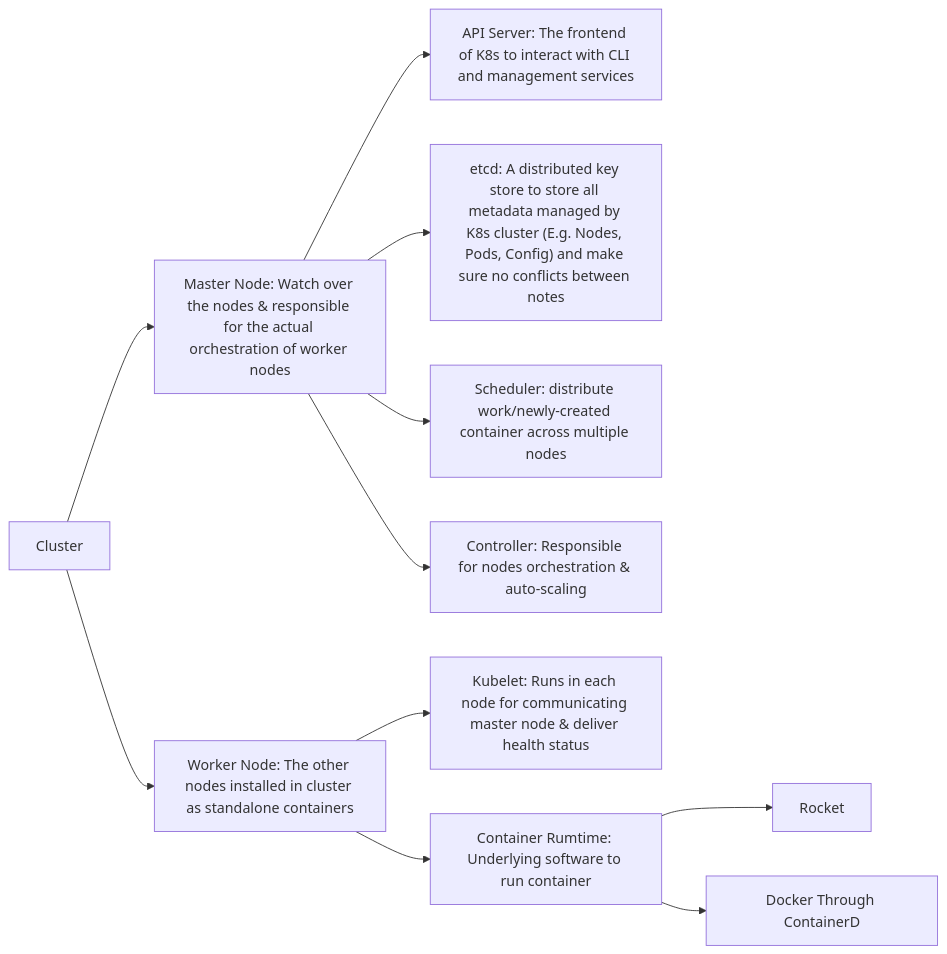
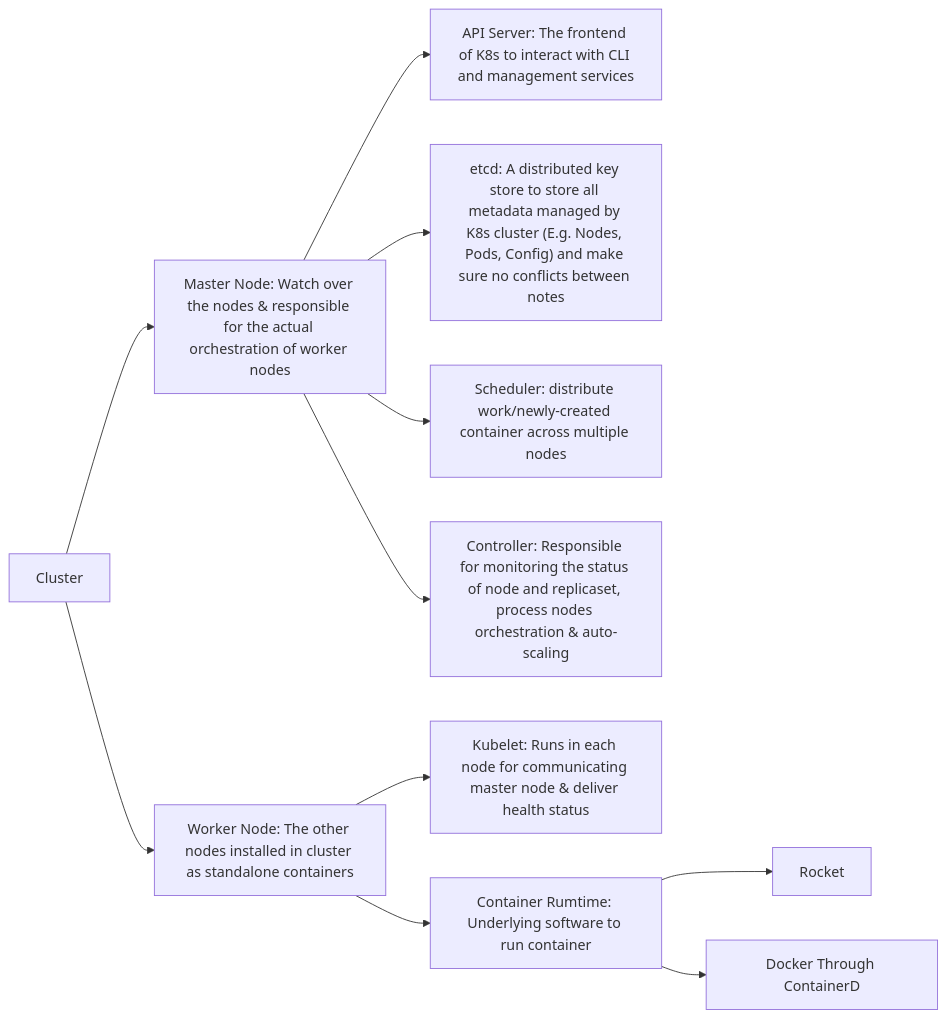
The second of 2 diagrams in K8s Architecture.md (Nelson-Sl/kubernetes), drawn with Mermaid before and after one commit.

Commit message:
vault backup: 2026-05-20 21:21:49

````diff
--- a/K8s Architecture.md
+++ b/K8s Architecture.md
@@ -18,13 +18,13 @@
 ```mermaid
 flowchart LR;
 Cluster-->MasterNode["Master Node: Watch over the nodes & responsible for the actual orchestration of worker nodes"];
 Cluster-->WorkerNode["Worker Node: The other nodes installed in cluster as standalone containers"]
 MasterNode-->ApiServer["API Server: The frontend of K8s to interact with CLI and management services"]
 MasterNode-->etcd["etcd: A distributed key store to store all metadata managed by K8s cluster (E.g. Nodes, Pods, Config) and make sure no conflicts between notes"]
 MasterNode-->scheduler["Scheduler: distribute work/newly-created container across multiple nodes"]
-MasterNode-->controller["Controller: Responsible for nodes orchestration & auto-scaling"]
+MasterNode-->controller["Controller: Responsible for monitoring the status of node and replicaset, process nodes orchestration & auto-scaling"]
 WorkerNode-->kubelet["Kubelet: Runs in each node for communicating master node & deliver health status"]
 WorkerNode-->runtime["Container Rumtime: Underlying software to run container"]
 runtime-->Rocket
 runtime-->Docker["Docker Through ContainerD"]
 ```
````
